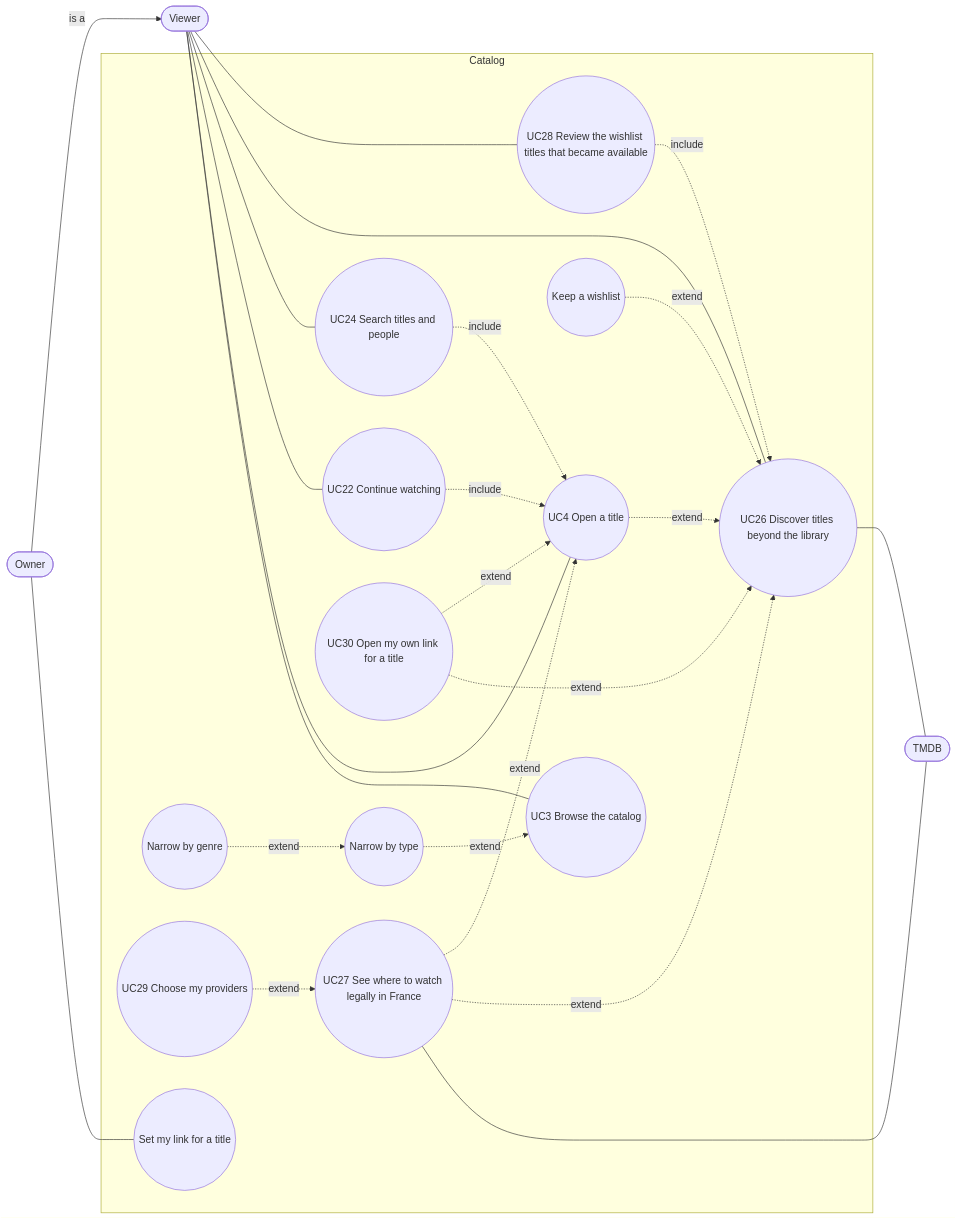
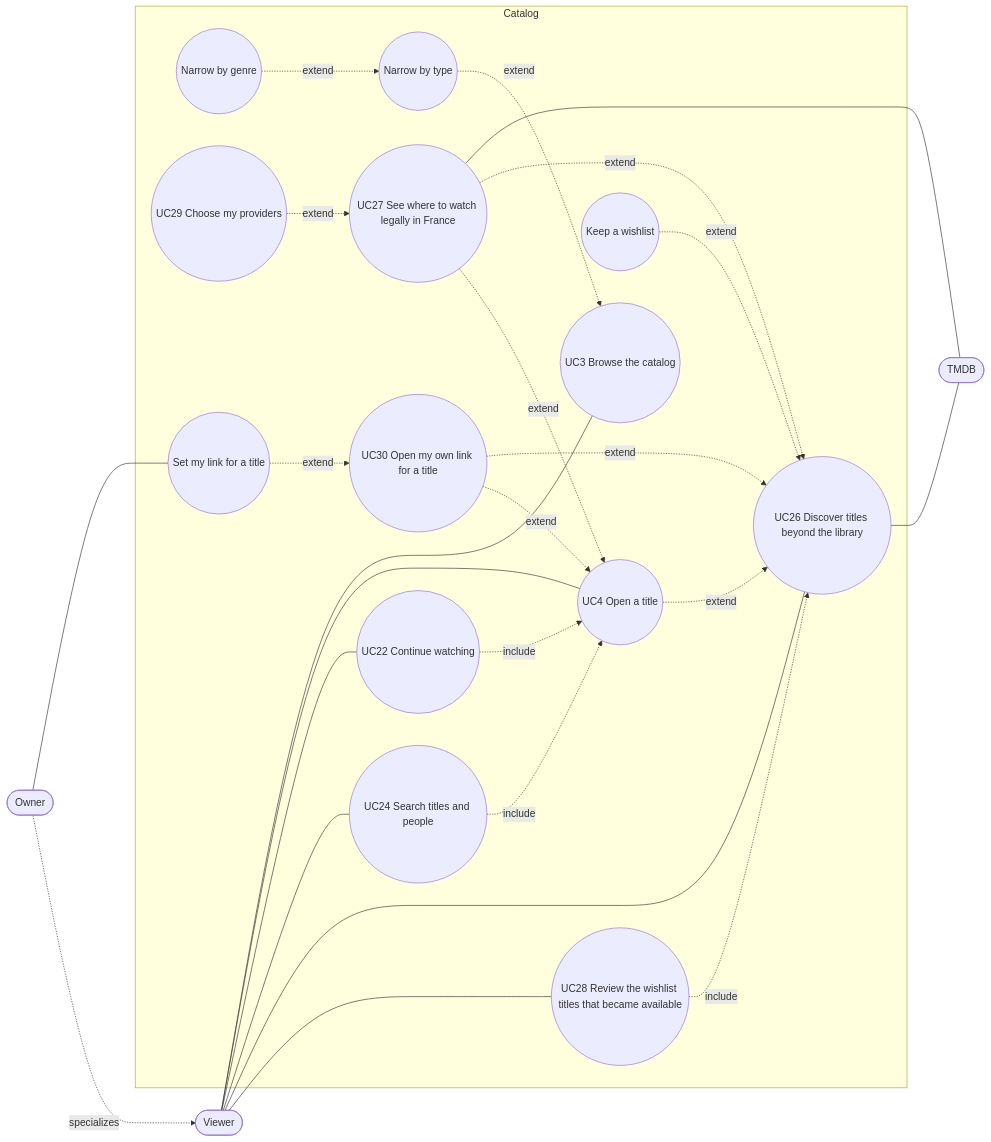
One commit to benoit-bremaud/popcorntv changed the diagram in docs/architecture/diagrams/catalog/01-use-case.md. Above: the diagram before and after it, drawn with Mermaid. The commit also changed 16 other files, not shown here.

````diff
--- a/docs/architecture/diagrams/catalog/01-use-case.md
+++ b/docs/architecture/diagrams/catalog/01-use-case.md
@@ -8,43 +8,44 @@
 ```mermaid
 flowchart LR
   viewer([Viewer])
   owner([Owner])
   subgraph Catalog
     uc3((UC3 Browse the catalog))
     uc3a((Narrow by type))
     uc3b((Narrow by genre))
     uc4((UC4 Open a title))
     uc22((UC22 Continue watching))
     uc24((UC24 Search titles and people))
     uc26((UC26 Discover titles beyond the library))
     uc26a((Keep a wishlist))
     uc27((UC27 See where to watch legally in France))
     uc28((UC28 Review the wishlist titles that became available))
     uc29((UC29 Choose my providers))
     uc30((UC30 Open my own link for a title))
     uc30a((Set my link for a title))
   end
   tmdb([TMDB])
   viewer --- uc3
   viewer --- uc4
   viewer --- uc22
   viewer --- uc24
   viewer --- uc26
   uc26 --- tmdb
   uc27 --- tmdb
   viewer --- uc28
   uc29 -. extend .-> uc27
   uc28 -. include .-> uc26
   uc27 -. extend .-> uc26
   uc27 -. extend .-> uc4
   uc26a -. extend .-> uc26
   uc4 -. extend .-> uc26
   uc24 -. include .-> uc4
   uc22 -. include .-> uc4
   uc3a -. extend .-> uc3
   uc30 -. extend .-> uc26
   uc30 -. extend .-> uc4
   owner --- uc30a
-  owner -->|is a| viewer
+  owner -. "specializes" .-> viewer
+  uc30a -. extend .-> uc30
   uc3b -. extend .-> uc3a
 ```
````
